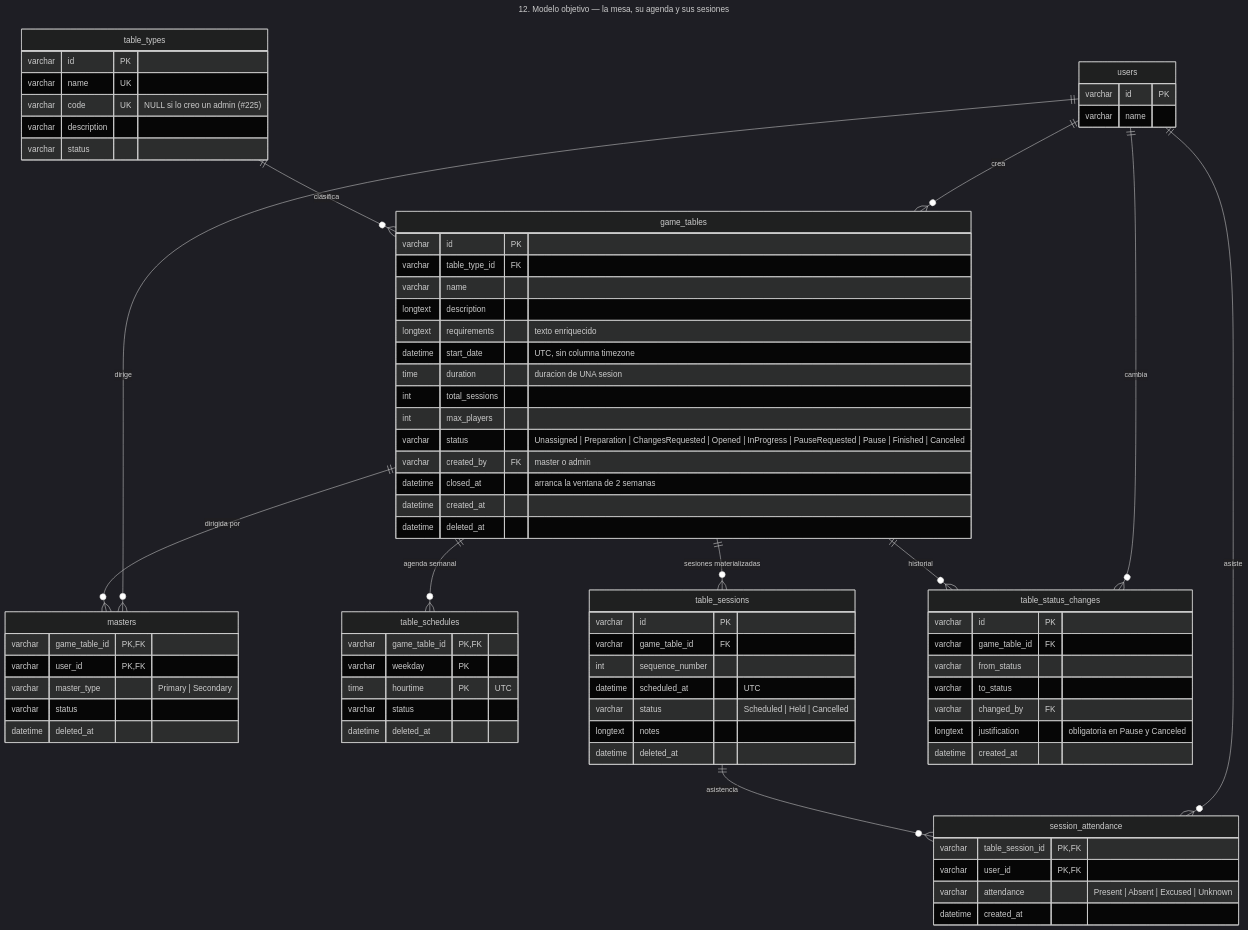
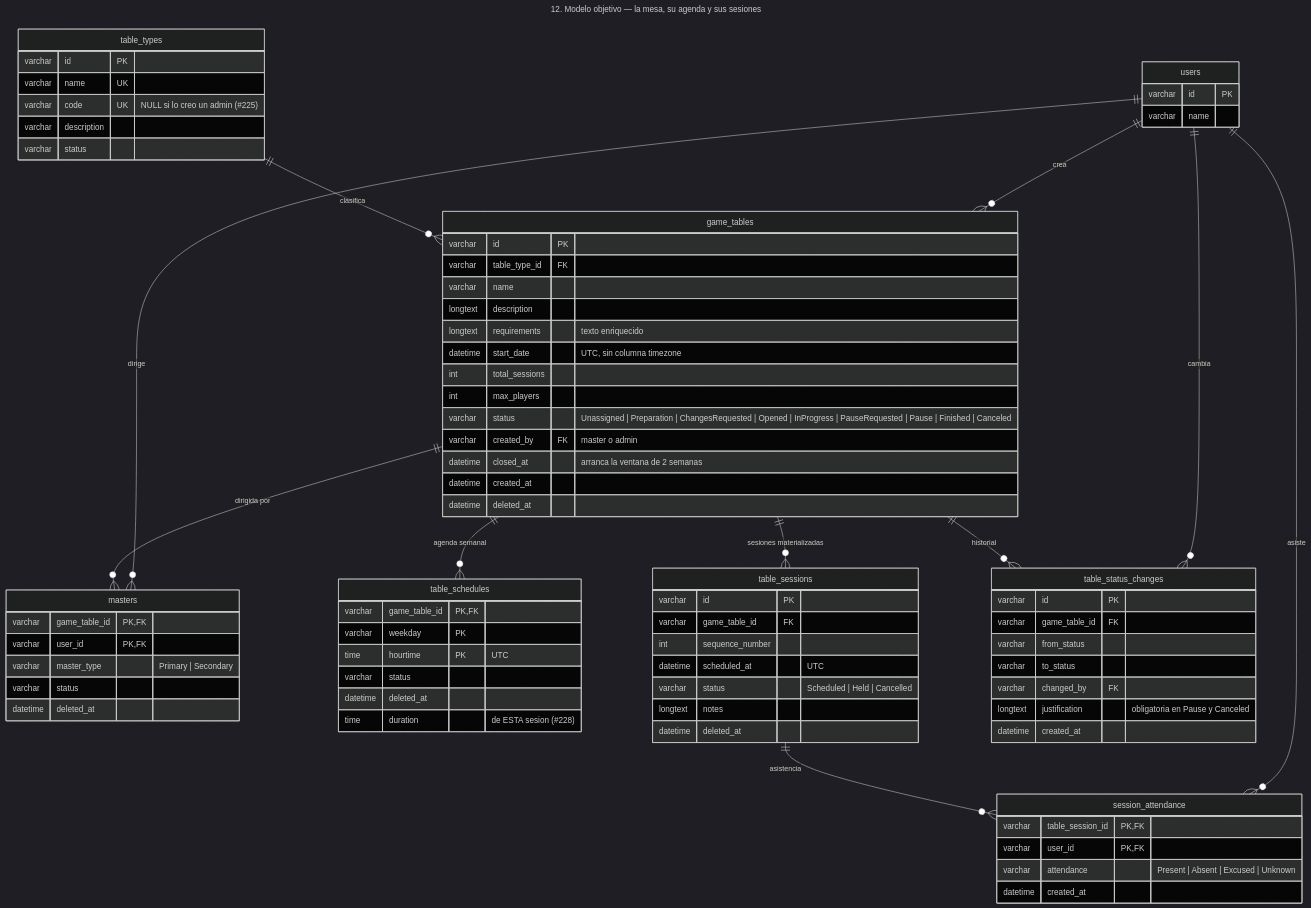
Before and after one commit to d4m14n257/CentralDungeon: the diagram in docs/diagramas/12-objetivo-mesa.mmd, drawn with Mermaid (dark theme). The commit also changed 45 other files, not shown here.

```diff
--- a/docs/diagramas/12-objetivo-mesa.mmd
+++ b/docs/diagramas/12-objetivo-mesa.mmd
@@ -1,88 +1,88 @@
 ---
 title: "12. Modelo objetivo — la mesa, su agenda y sus sesiones"
 ---
 erDiagram
 
     table_types {
         varchar id PK
         varchar name UK
         varchar code UK "NULL si lo creo un admin (#225)"
         varchar description
         varchar status
     }
 
     game_tables {
         varchar id PK
         varchar table_type_id FK
         varchar name
         longtext description
         longtext requirements "texto enriquecido"
         datetime start_date "UTC, sin columna timezone"
-        time duration "duracion de UNA sesion"
         int total_sessions
         int max_players
         varchar status "Unassigned | Preparation | ChangesRequested | Opened | InProgress | PauseRequested | Pause | Finished | Canceled"
         varchar created_by FK "master o admin"
         datetime closed_at "arranca la ventana de 2 semanas"
         datetime created_at
         datetime deleted_at
     }
 
     masters {
         varchar game_table_id PK,FK
         varchar user_id PK,FK
         varchar master_type "Primary | Secondary"
         varchar status
         datetime deleted_at
     }
 
     table_schedules {
         varchar game_table_id PK,FK
         varchar weekday PK
         time hourtime PK "UTC"
         varchar status
         datetime deleted_at
+        time duration "de ESTA sesion (#228)"
     }
 
     table_sessions {
         varchar id PK
         varchar game_table_id FK
         int sequence_number
         datetime scheduled_at "UTC"
         varchar status "Scheduled | Held | Cancelled"
         longtext notes
         datetime deleted_at
     }
 
     session_attendance {
         varchar table_session_id PK,FK
         varchar user_id PK,FK
         varchar attendance "Present | Absent | Excused | Unknown"
         datetime created_at
     }
 
     table_status_changes {
         varchar id PK
         varchar game_table_id FK
         varchar from_status
         varchar to_status
         varchar changed_by FK
         longtext justification "obligatoria en Pause y Canceled"
         datetime created_at
     }
 
     users {
         varchar id PK
         varchar name
     }
 
     table_types    ||--o{ game_tables          : "clasifica"
     game_tables    ||--o{ masters              : "dirigida por"
     users          ||--o{ masters              : "dirige"
     game_tables    ||--o{ table_schedules      : "agenda semanal"
     game_tables    ||--o{ table_sessions       : "sesiones materializadas"
     table_sessions ||--o{ session_attendance   : "asistencia"
     users          ||--o{ session_attendance   : "asiste"
     game_tables    ||--o{ table_status_changes : "historial"
     users          ||--o{ table_status_changes : "cambia"
     users          ||--o{ game_tables          : "crea"
```
